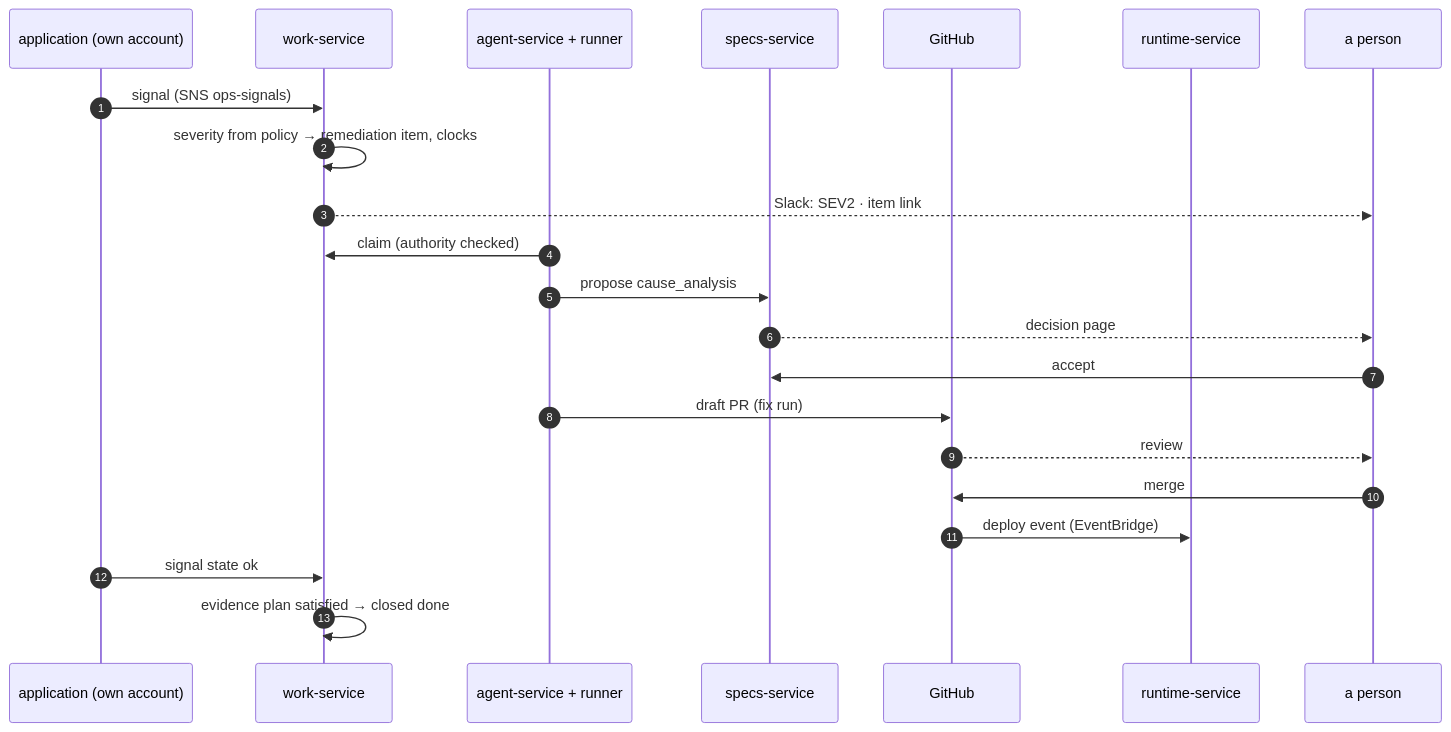
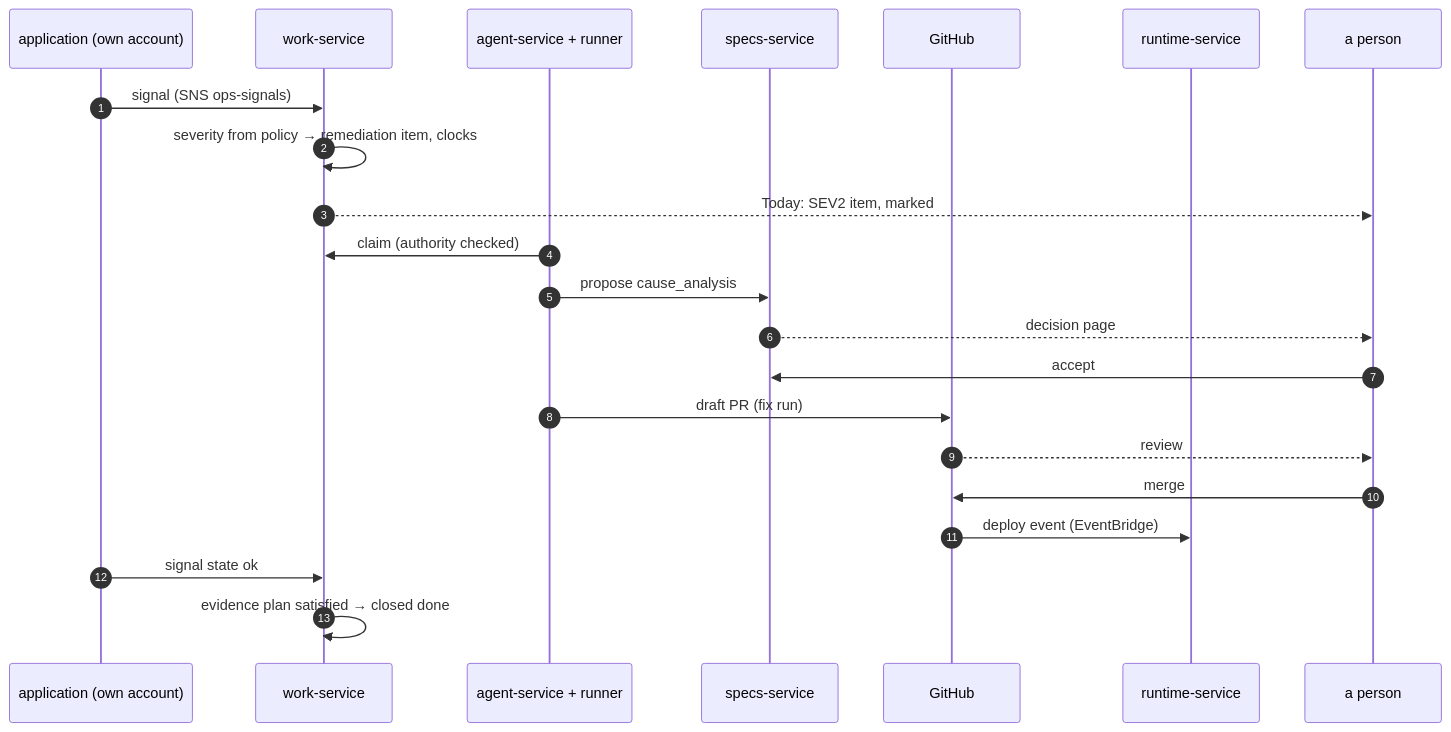
The second of 4 diagrams in docs/diagrams.md (fps4/maestro), drawn with Mermaid before and after one commit. The commit also changed other lines of this file and 12 other files, not shown here.

First line of the commit message:
ADR-0023 (proposed) and the open decisions taken: alerts in one console; the roadmap's decisions recorded (#34)

````diff
--- a/docs/diagrams.md
+++ b/docs/diagrams.md
@@ -46,25 +46,25 @@
 ```mermaid
 sequenceDiagram
     autonumber
     participant App as application (own account)
     participant WK as work-service
     participant AG as agent-service + runner
     participant SP as specs-service
     participant GH as GitHub
     participant RT as runtime-service
     participant H as a person
 
     App->>WK: signal (SNS ops-signals)
     WK->>WK: severity from policy → remediation item, clocks
-    WK-->>H: Slack: SEV2 · item link
+    WK-->>H: Today: SEV2 item, marked
     AG->>WK: claim (authority checked)
     AG->>SP: propose cause_analysis
     SP-->>H: decision page
     H->>SP: accept
     AG->>GH: draft PR (fix run)
     GH-->>H: review
     H->>GH: merge
     GH->>RT: deploy event (EventBridge)
     App->>WK: signal state ok
     WK->>WK: evidence plan satisfied → closed done
 ```
````
